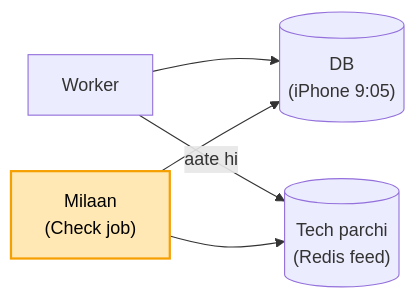
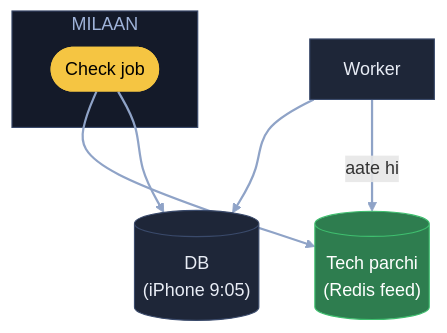
The seventh of 11 diagrams in 04_HLD/SYSTEM_DESIGNS/08_news_aggregator/08_news_aggregator.md (ArpanMaheshwari144/Prep), drawn with Mermaid before and after one commit. The commit also changed other lines of this file, not shown here.

Commit message:
News: 11 diagram YouTube (reel) wale card andaaz me

````diff
--- a/04_HLD/SYSTEM_DESIGNS/08_news_aggregator/08_news_aggregator.md
+++ b/04_HLD/SYSTEM_DESIGNS/08_news_aggregator/08_news_aggregator.md
@@ -145,8 +212,19 @@
 ```mermaid
-flowchart LR
-    W["Worker"] --> D[("DB<br/>(iPhone 9:05)")]
-    W -- "aate hi" --> P[("Tech parchi<br/>(Redis feed)")]
-    J["Milaan<br/>(Check job)"] --> P
+flowchart TB
+    W["Worker"]:::card
+    D[("DB<br/>(iPhone 9:05)")]:::card
+    P[("Tech parchi<br/>(Redis feed)")]:::good
+    subgraph ML["MILAAN"]
+        J(["Check job"]):::pill
+    end
+    W --> D
+    W -- "aate hi" --> P
+    J --> P
     J --> D
-    style J fill:#ffe8b3,stroke:#f59f00,stroke-width:2px,color:#000
+    linkStyle default stroke:#8fa3c7,stroke-width:2px
+    classDef card fill:#1e2638,stroke:#3a4a6b,color:#e8ecf5
+    classDef pill fill:#f5c542,stroke:#f5c542,color:#000
+    classDef good fill:#2e7d4f,stroke:#3fbf6f,color:#fff
+    classDef bad fill:#5c1f24,stroke:#e05561,color:#fff
+    style ML fill:#141a29,stroke:#3a4a6b,color:#9fb3d9
 ```
````
